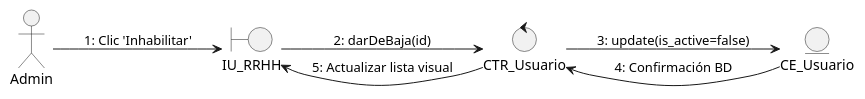
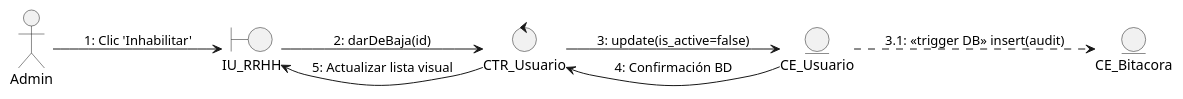
One commit to INGvainilla/grulacOFICIAL changed diagram 24 of 42 in PROYECTO-MAIN/oficial/OFICIAL.md. Above: the diagram before and after it, drawn with PlantUML. The commit also changed other lines of this file and 17 other files, not shown here.

````diff
--- a/PROYECTO-MAIN/oficial/OFICIAL.md
+++ b/PROYECTO-MAIN/oficial/OFICIAL.md
@@ -2301,15 +2415,17 @@
 ```plantuml
 @startuml DCom_CU04
 left to right direction
 skinparam backgroundColor transparent
 actor "Admin" as Actor
 boundary "IU_RRHH" as IU
 control "CTR_Usuario" as CTR
 entity "CE_Usuario" as ENT
+entity "CE_Bitacora" as ENT2
 Actor --> IU : 1: Clic 'Inhabilitar'
 IU --> CTR : 2: darDeBaja(id)
 CTR --> ENT : 3: update(is_active=false)
+ENT ..> ENT2 : 3.1: <<trigger DB>> insert(audit)
 ENT --> CTR : 4: Confirmación BD
 CTR --> IU : 5: Actualizar lista visual
 @enduml
 ```
````
